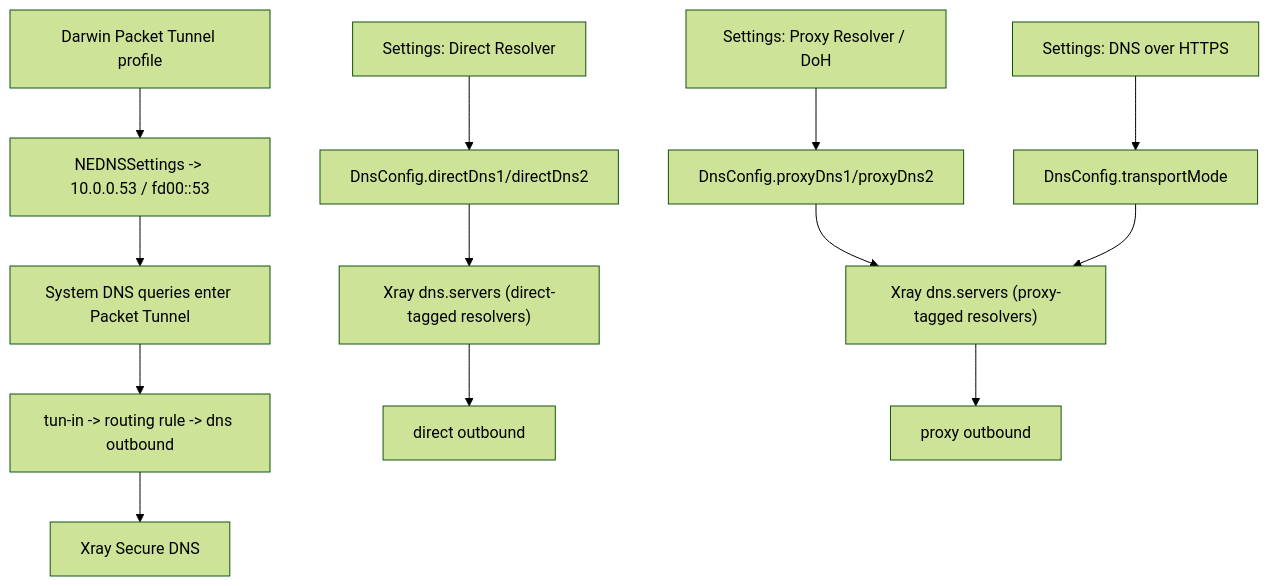
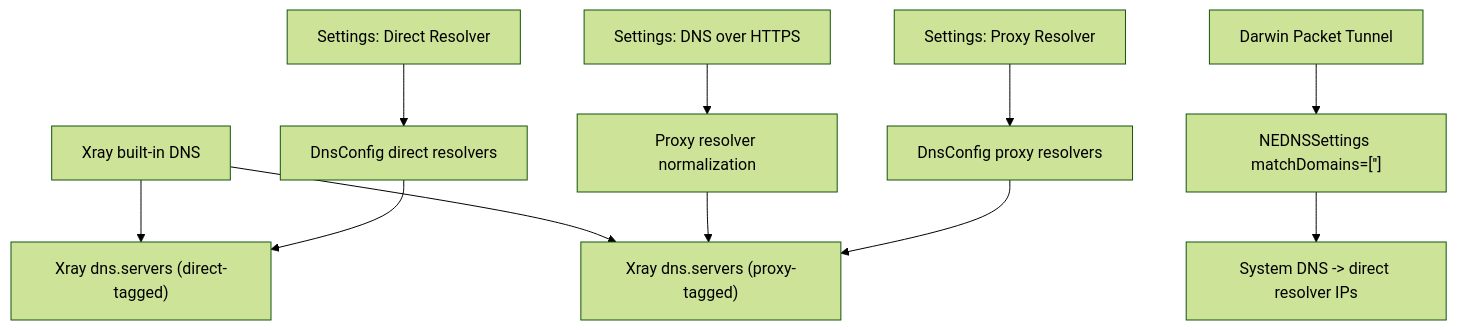
The first of 2 diagrams in docs/dns-secure-tunnel-design.md (cloud-neutral-toolkit/xstream.svc.plus), drawn with Mermaid (forest theme) before and after one commit. The commit also changed other lines of this file and 25 other files, not shown here.

````diff
--- a/docs/dns-secure-tunnel-design.md
+++ b/docs/dns-secure-tunnel-design.md
@@ -85,18 +177,16 @@
 ```mermaid
 flowchart TD
-    A["Settings: Direct Resolver"] --> B["DnsConfig.directDns1/directDns2"]
-    A2["Settings: Proxy Resolver / DoH"] --> C["DnsConfig.proxyDns1/proxyDns2"]
-    A3["Settings: DNS over HTTPS"] --> D["DnsConfig.transportMode"]
+    A["Settings: Direct Resolver"] --> B["DnsConfig direct resolvers"]
+    C["Settings: Proxy Resolver"] --> D["DnsConfig proxy resolvers"]
+    E["Settings: DNS over HTTPS"] --> F["Proxy resolver normalization"]
 
-    B --> E["Xray dns.servers (direct-tagged resolvers)"]
-    C --> F["Xray dns.servers (proxy-tagged resolvers)"]
-    D --> F
+    B --> G["Xray dns.servers (direct-tagged)"]
+    D --> H["Xray dns.servers (proxy-tagged)"]
+    F --> H
 
-    G["Darwin Packet Tunnel profile"] --> H["NEDNSSettings -> 10.0.0.53 / fd00::53"]
-    H --> I["System DNS queries enter Packet Tunnel"]
-    I --> J["tun-in -> routing rule -> dns outbound"]
-    J --> K["Xray Secure DNS"]
+    I["Darwin Packet Tunnel"] --> J["NEDNSSettings matchDomains=['']"]
+    J --> K["System DNS -> direct resolver IPs"]
 
-    E --> L["direct outbound"]
-    F --> M["proxy outbound"]
+    L["Xray built-in DNS"] --> G
+    L --> H
 ```
````
